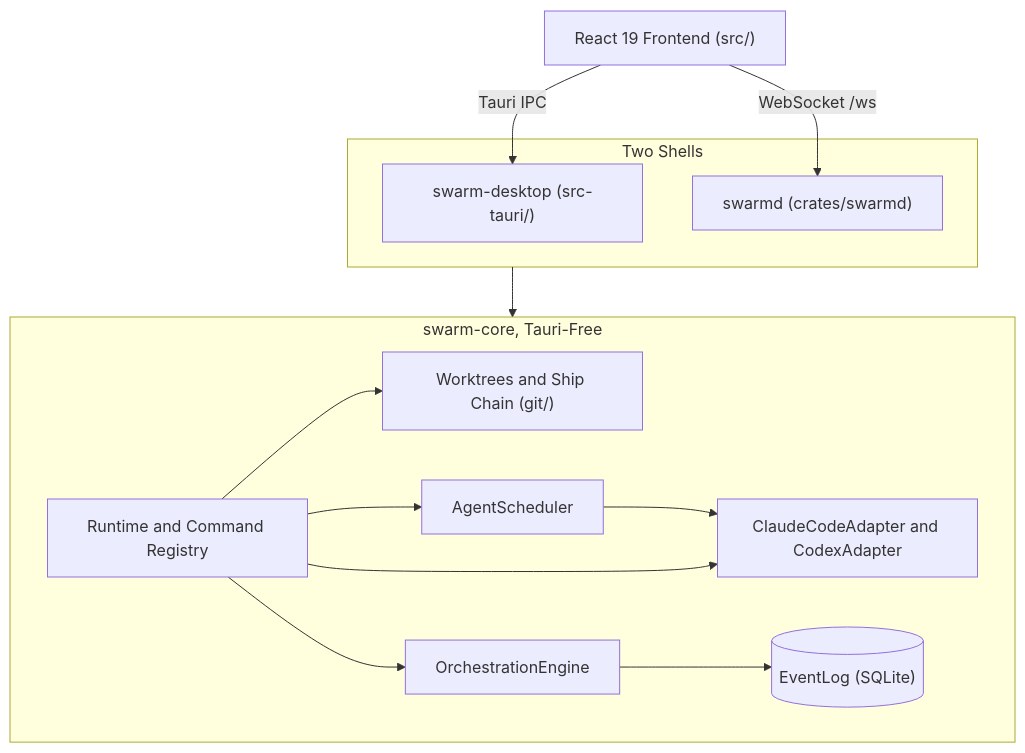
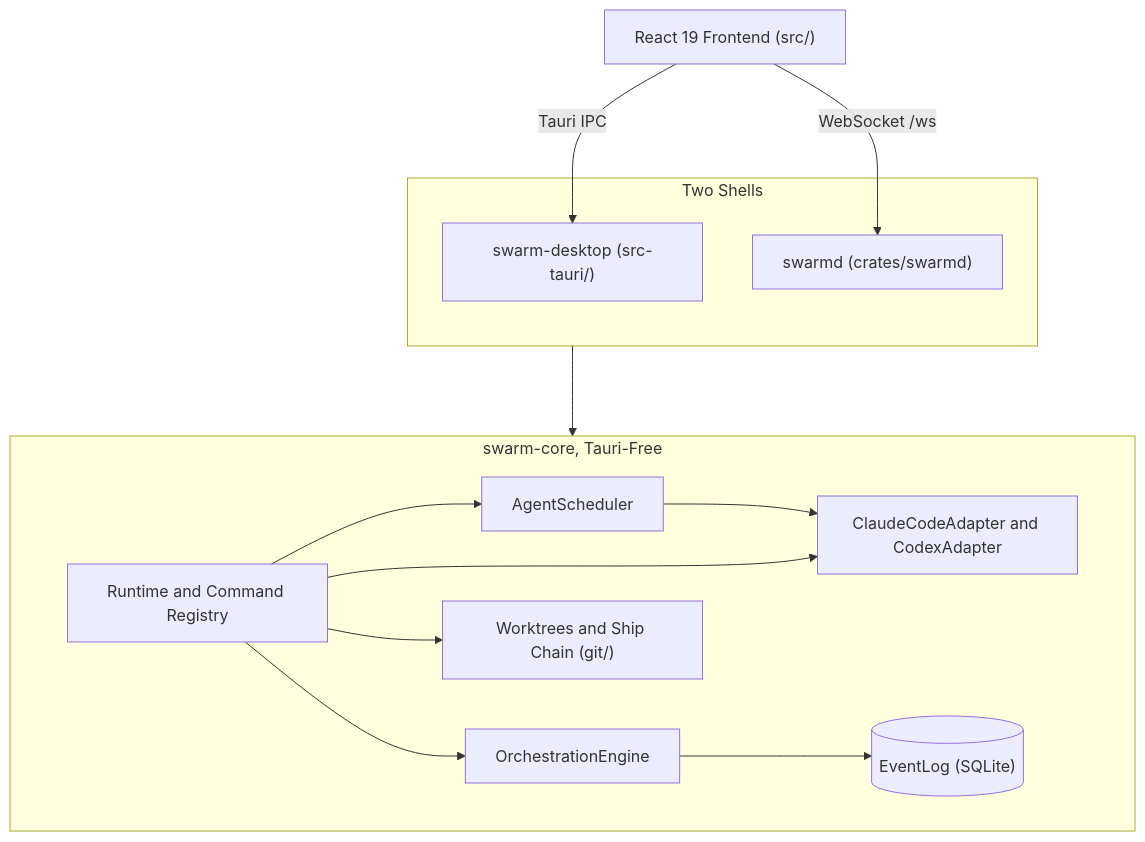
One commit to ABCrimson/Swarm changed the diagram in README.md. Above: the diagram before and after it, drawn with Mermaid.

Commit message:
docs(readme): widen the diagram's rank spacing for the phone-width pan panel
The edge reorder in cec6bd6 did not move the worktrees node: dagre orders nodes by rank, not by declaration, and the live frame measured pixel-identical. GitHub's touch pan/zoom panel is a fixed 101 px square at the frame's bottom right while the frame scales by width, so taller ranks lift the middle row clear of it. rankSpacing 90 (default 50) adds about 20 px per rank gap at 390 px. The edge order is restored to the verified one.

````diff
--- a/README.md
+++ b/README.md
@@ -82,25 +82,26 @@
 ```mermaid
+%%{init: {"flowchart": {"rankSpacing": 90}}}%%
 flowchart TB
     FE["React 19 Frontend (src/)"]
     subgraph shells["Two Shells"]
         DESK["swarm-desktop (src-tauri/)"]
         DAEMON["swarmd (crates/swarmd)"]
     end
     subgraph core["swarm-core, Tauri-Free"]
         RT["Runtime and Command Registry"]
         SCHED["AgentScheduler"]
         PROV["ClaudeCodeAdapter and CodexAdapter"]
         ENG["OrchestrationEngine"]
         LOG[("EventLog (SQLite)")]
         GIT["Worktrees and Ship Chain (git/)"]
     end
     FE -->|"Tauri IPC"| DESK
     FE -->|"WebSocket /ws"| DAEMON
     shells --> core
-    RT --> GIT
     RT --> SCHED
     SCHED --> PROV
     RT --> PROV
     RT --> ENG
     ENG --> LOG
+    RT --> GIT
 ```
````
